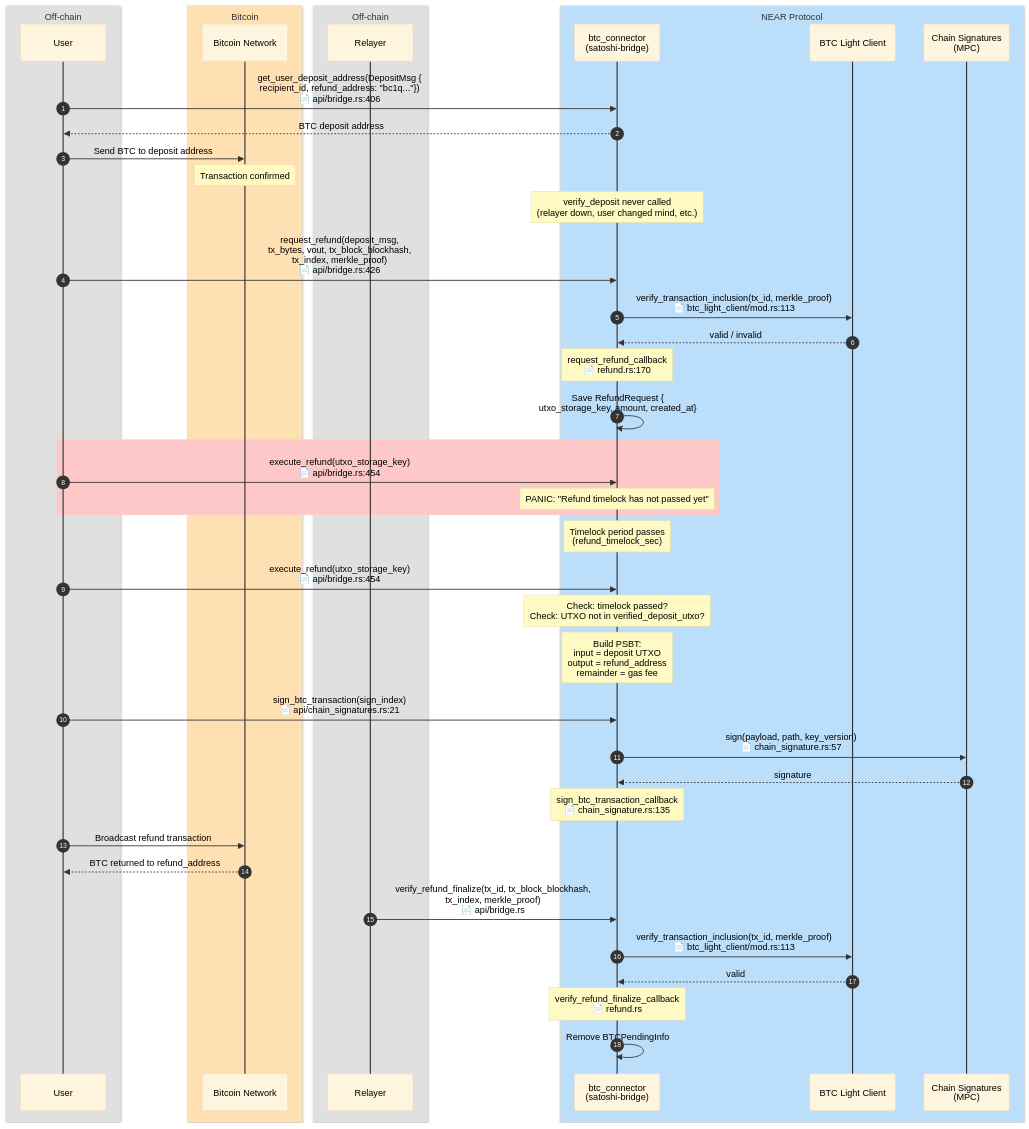
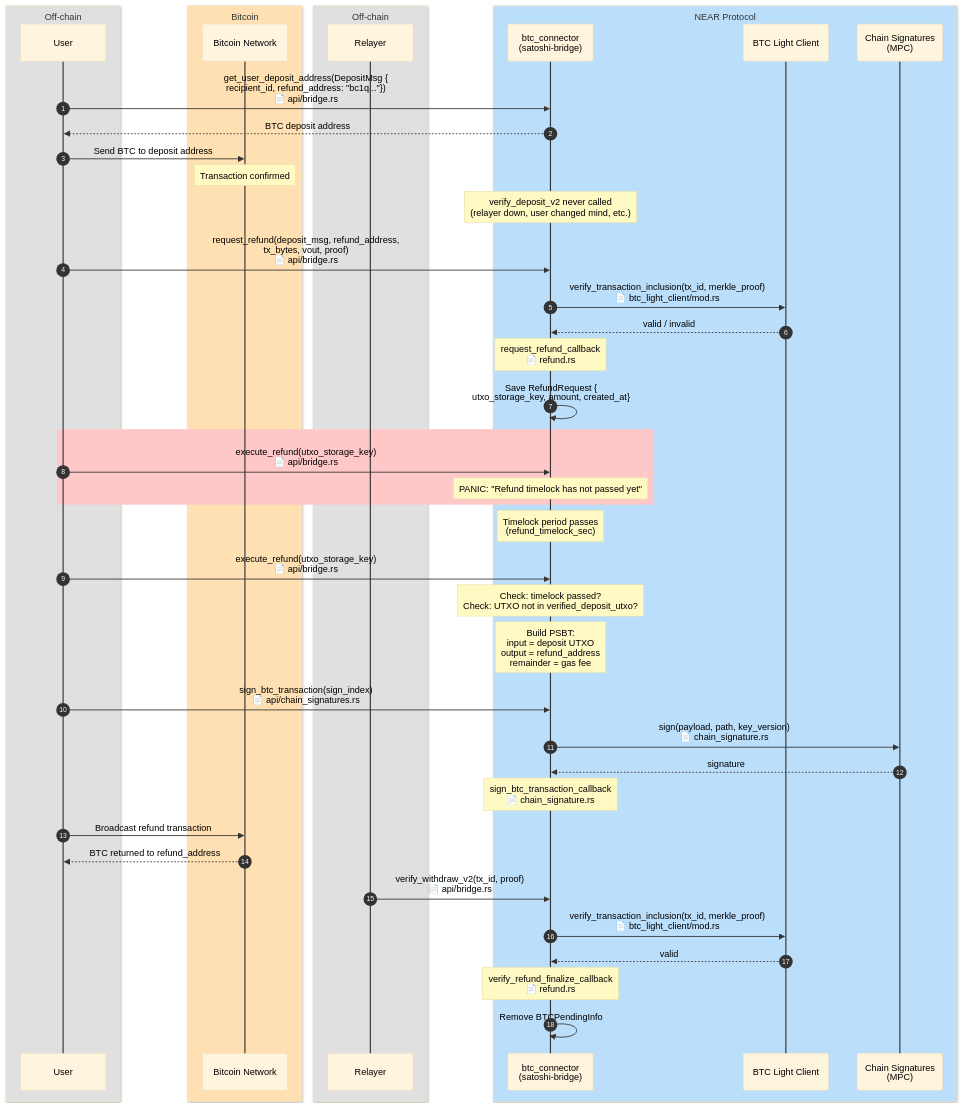
Before and after one commit to Near-One/btc-bridge: the diagram in doc/refund-flow.md, drawn with Mermaid. The commit also changed other lines of this file and 17 other files, not shown here.

````diff
--- a/doc/refund-flow.md
+++ b/doc/refund-flow.md
@@ -25,67 +26,67 @@
 ```mermaid
 %%{init: {'theme': 'base', 'themeVariables': {'actorTextColor': '#000000', 'actorLineColor': '#333333', 'signalColor': '#333333', 'signalTextColor': '#000000', 'noteBkgColor': '#fff9c4', 'noteTextColor': '#000000', 'messageFontSize': '14px'}}}%%
 sequenceDiagram
     autonumber
 
     box rgb(224, 224, 224) Off-chain
         participant U as User
     end
 
     box rgb(255, 224, 178) Bitcoin
         participant BTC as Bitcoin Network
     end
 
     box rgb(224, 224, 224) Off-chain
         participant R as Relayer
     end
 
     box rgb(187, 222, 251) NEAR Protocol
         participant B as btc_connector<br/>(satoshi-bridge)
         participant LC as BTC Light Client
         participant MPC as Chain Signatures<br/>(MPC)
     end
 
-    U->>B: get_user_deposit_address(DepositMsg {<br/>recipient_id, refund_address: "bc1q..."})<br/>📄 api/bridge.rs:406
+    U->>B: get_user_deposit_address(DepositMsg {<br/>recipient_id, refund_address: "bc1q..."})<br/>📄 api/bridge.rs
     B-->>U: BTC deposit address
 
     U->>BTC: Send BTC to deposit address
     Note over BTC: Transaction confirmed
-    Note over B: verify_deposit never called<br/>(relayer down, user changed mind, etc.)
+    Note over B: verify_deposit_v2 never called<br/>(relayer down, user changed mind, etc.)
 
-    U->>B: request_refund(deposit_msg,<br/>tx_bytes, vout, tx_block_blockhash,<br/>tx_index, merkle_proof)<br/>📄 api/bridge.rs:426
+    U->>B: request_refund(deposit_msg, refund_address,<br/>tx_bytes, vout, proof)<br/>📄 api/bridge.rs
 
-    B->>LC: verify_transaction_inclusion(tx_id, merkle_proof)<br/>📄 btc_light_client/mod.rs:113
+    B->>LC: verify_transaction_inclusion(tx_id, merkle_proof)<br/>📄 btc_light_client/mod.rs
     LC-->>B: valid / invalid
 
-    Note over B: request_refund_callback<br/>📄 refund.rs:170
+    Note over B: request_refund_callback<br/>📄 refund.rs
     B->>B: Save RefundRequest {<br/>utxo_storage_key, amount, created_at}
 
     rect rgb(255, 200, 200)
-        U->>B: execute_refund(utxo_storage_key)<br/>📄 api/bridge.rs:454
+        U->>B: execute_refund(utxo_storage_key)<br/>📄 api/bridge.rs
         Note over B: PANIC: "Refund timelock has not passed yet"
     end
 
     Note over B: Timelock period passes<br/>(refund_timelock_sec)
 
-    U->>B: execute_refund(utxo_storage_key)<br/>📄 api/bridge.rs:454
+    U->>B: execute_refund(utxo_storage_key)<br/>📄 api/bridge.rs
     Note over B: Check: timelock passed?<br/>Check: UTXO not in verified_deposit_utxo?
     Note over B: Build PSBT:<br/>input = deposit UTXO<br/>output = refund_address<br/>remainder = gas fee
 
-    U->>B: sign_btc_transaction(sign_index)<br/>📄 api/chain_signatures.rs:21
+    U->>B: sign_btc_transaction(sign_index)<br/>📄 api/chain_signatures.rs
 
-    B->>MPC: sign(payload, path, key_version)<br/>📄 chain_signature.rs:57
+    B->>MPC: sign(payload, path, key_version)<br/>📄 chain_signature.rs
     MPC-->>B: signature
 
-    Note over B: sign_btc_transaction_callback<br/>📄 chain_signature.rs:135
+    Note over B: sign_btc_transaction_callback<br/>📄 chain_signature.rs
 
     U->>BTC: Broadcast refund transaction
     BTC-->>U: BTC returned to refund_address
 
-    R->>B: verify_refund_finalize(tx_id, tx_block_blockhash,<br/>tx_index, merkle_proof)<br/>📄 api/bridge.rs
+    R->>B: verify_withdraw_v2(tx_id, proof)<br/>📄 api/bridge.rs
 
-    B->>LC: verify_transaction_inclusion(tx_id, merkle_proof)<br/>📄 btc_light_client/mod.rs:113
+    B->>LC: verify_transaction_inclusion(tx_id, merkle_proof)<br/>📄 btc_light_client/mod.rs
     LC-->>B: valid
 
     Note over B: verify_refund_finalize_callback<br/>📄 refund.rs
     B->>B: Remove BTCPendingInfo
 ```
````
